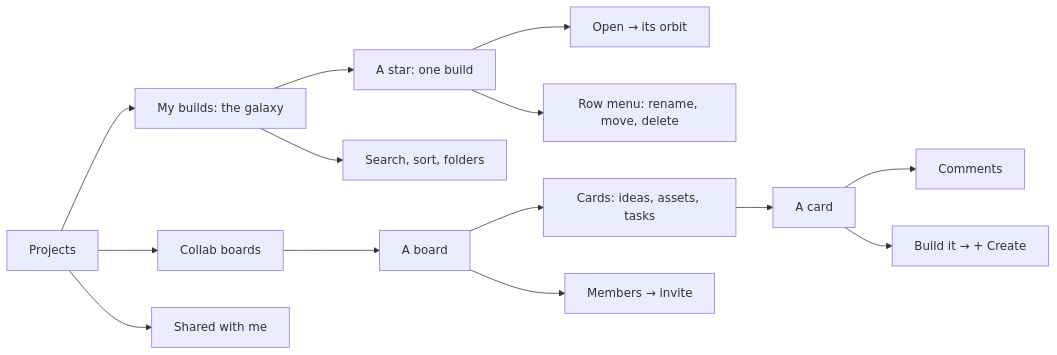
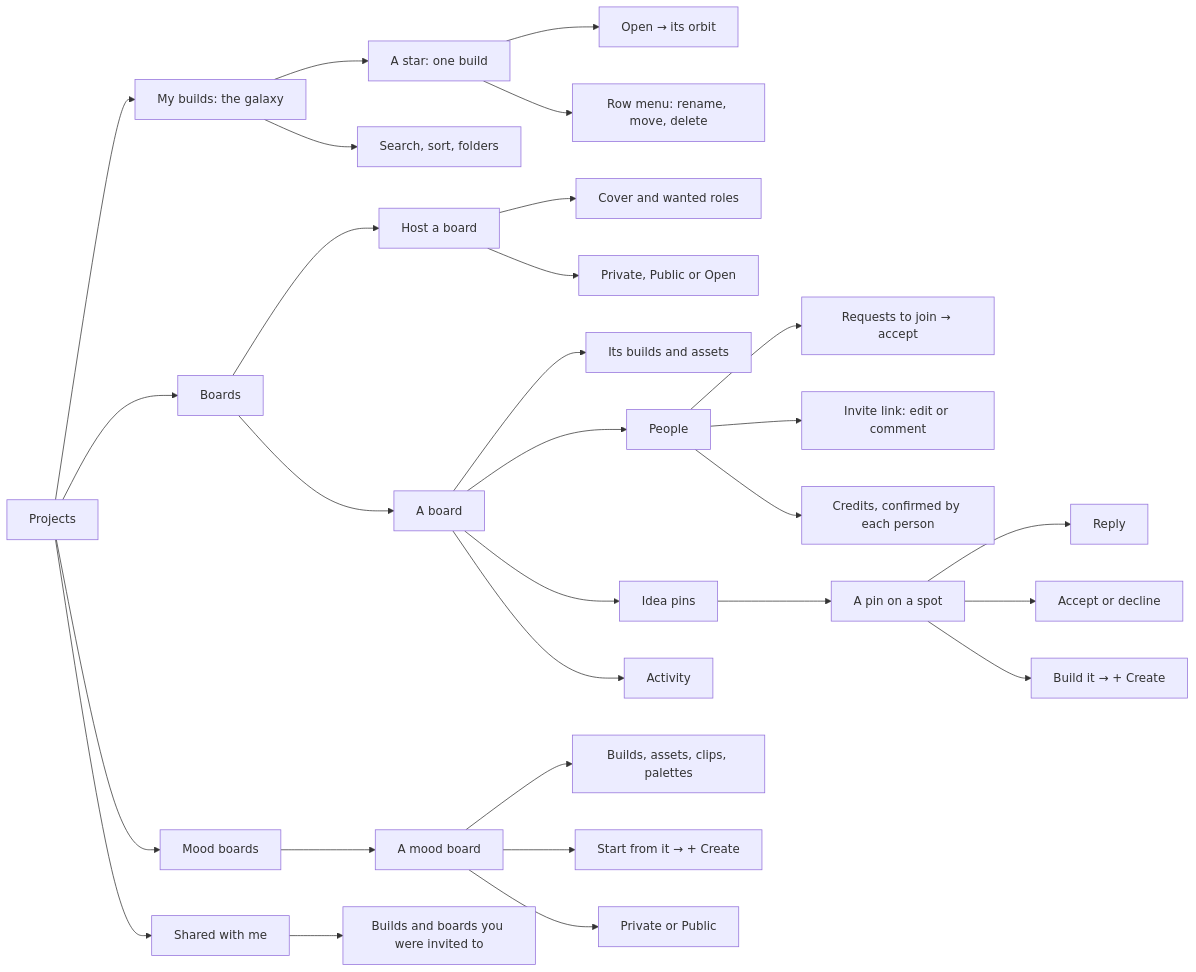
One commit to Pukujan/swarm-studio changed the sixth of 24 diagrams in docs/ux/SITEMAP.md. Above: the diagram before and after it, drawn with Mermaid. The commit also changed other lines of this file and 5 other files, not shown here.

````diff
--- a/docs/ux/SITEMAP.md
+++ b/docs/ux/SITEMAP.md
@@ -145,16 +168,31 @@
 ```mermaid
 flowchart LR
   PROJ[Projects] --> MB["My builds: the galaxy"]
-  PROJ --> CB[Collab boards]
+  PROJ --> BD[Boards]
+  PROJ --> MO[Mood boards]
   PROJ --> SW[Shared with me]
   MB --> ST[A star: one build]
   MB --> MS["Search, sort, folders"]
   ST --> ORB["Open → its orbit"]
   ST --> RM["Row menu: rename, move, delete"]
-  CB --> BO[A board]
-  BO --> BC["Cards: ideas, assets, tasks"]
-  BO --> BM["Members → invite"]
-  BC --> CA[A card]
-  CA --> CA1[Comments]
-  CA --> CA2["Build it → + Create"]
+  BD --> BO[A board]
+  BD --> BN[Host a board]
+  BN --> BN1["Cover and wanted roles"]
+  BN --> BN2["Private, Public or Open"]
+  BO --> BW["Its builds and assets"]
+  BO --> BP[People]
+  BO --> BI[Idea pins]
+  BO --> BA[Activity]
+  BP --> BP1["Requests to join → accept"]
+  BP --> BP2["Invite link: edit or comment"]
+  BP --> BP3["Credits, confirmed by each person"]
+  BI --> PIN[A pin on a spot]
+  PIN --> PIN1[Reply]
+  PIN --> PIN2[Accept or decline]
+  PIN --> PIN3["Build it → + Create"]
+  MO --> MOB[A mood board]
+  MOB --> MOI["Builds, assets, clips, palettes"]
+  MOB --> MOS["Start from it → + Create"]
+  MOB --> MOV["Private or Public"]
+  SW --> SWB["Builds and boards you were invited to"]
 ```
````
